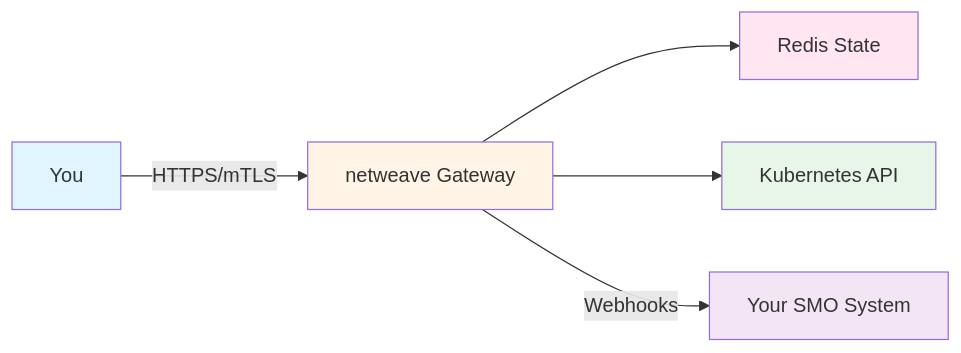
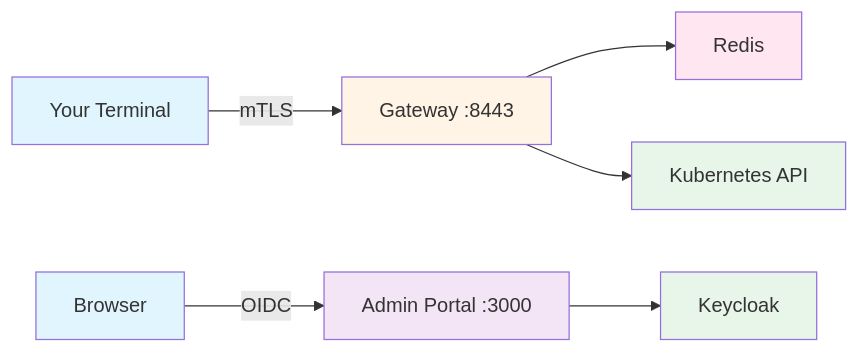
Before and after one commit to piwi3910/netweave: the first of 2 diagrams in docs/getting-started/README.md, drawn with Mermaid. The commit also changed other lines of this file and 4 other files, not shown here.

````diff
--- a/docs/getting-started/README.md
+++ b/docs/getting-started/README.md
@@ -143,13 +17,16 @@
 ```mermaid
 graph LR
-    You[You] -->|HTTPS/mTLS| GW[netweave Gateway]
-    GW --> Redis[Redis State]
+    You[Your Terminal] -->|mTLS| GW[Gateway :8443]
+    Browser[Browser] -->|OIDC| AP[Admin Portal :3000]
+    GW --> Redis[Redis]
     GW --> K8s[Kubernetes API]
-    GW -->|Webhooks| SMO[Your SMO System]
+    AP --> KC[Keycloak]
 
     style You fill:#e1f5ff
+    style Browser fill:#e1f5ff
     style GW fill:#fff4e6
+    style AP fill:#f3e5f5
     style Redis fill:#ffe6f0
     style K8s fill:#e8f5e9
-    style SMO fill:#f3e5f5
+    style KC fill:#e8f5e9
 ```
````
